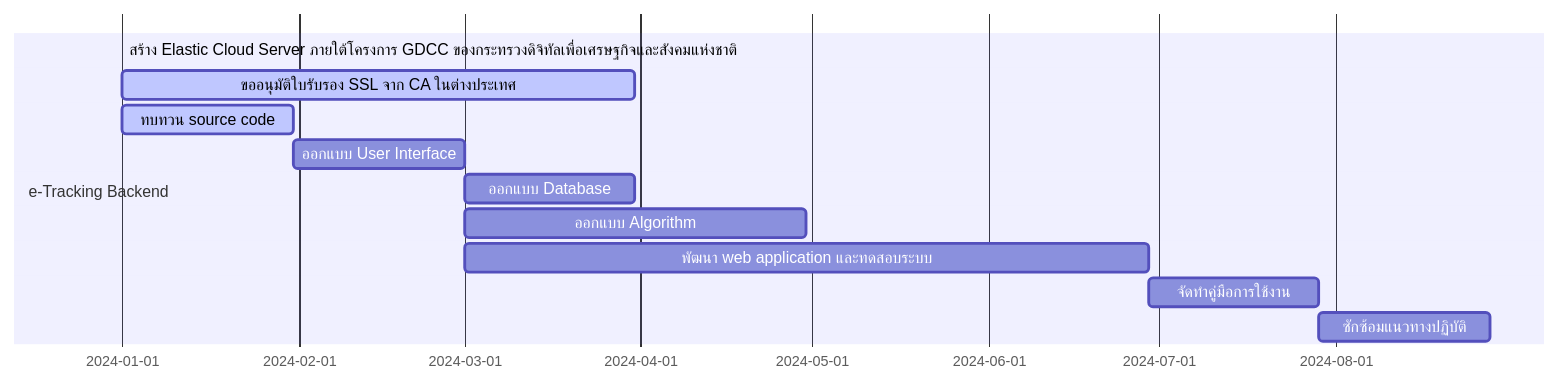
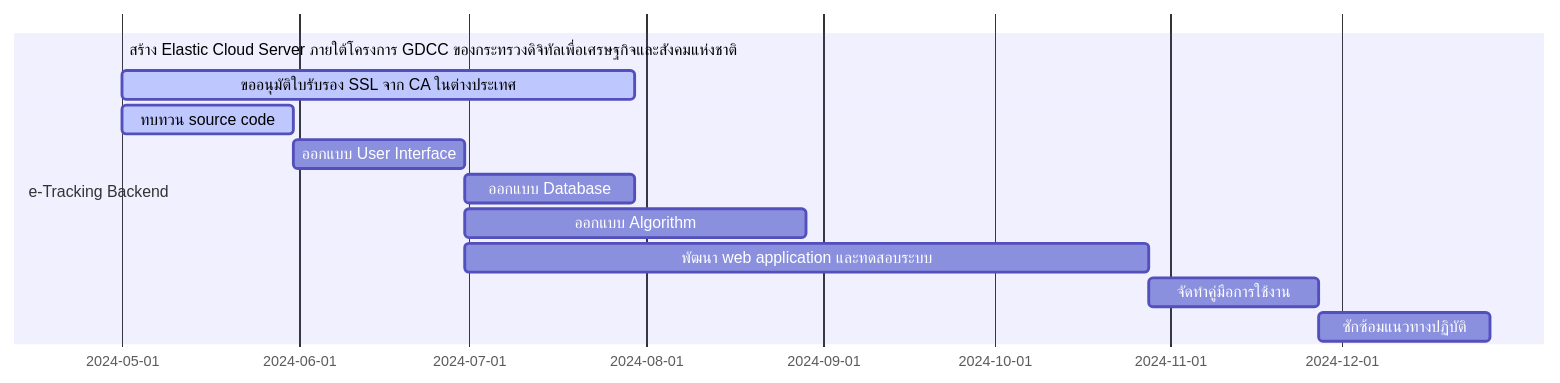
The diagram in README.md (Kietpawpan/e-tracking), drawn with Mermaid before and after one commit.

````diff
--- a/README.md
+++ b/README.md
@@ -6,15 +6,15 @@
 ```mermaid
 gantt
     section e-Tracking Backend
-    สร้าง Elastic Cloud Server ภายใต้โครงการ GDCC ของกระทรวงดิจิทัลเพื่อเศรษฐกิจและสังคมแห่งชาติ :done,    des1, 2024-01-01,2024-01-30
+    สร้าง Elastic Cloud Server ภายใต้โครงการ GDCC ของกระทรวงดิจิทัลเพื่อเศรษฐกิจและสังคมแห่งชาติ :done,    des1, 2024-05-01,2024-05-30
     ขออนุมัติใบรับรอง SSL จาก CA ในต่างประเทศ        :active, des2, after des1, 90d
     ทบทวน source code  :   active, des3, after des1, 30d
     ออกแบบ User Interface  :         des4, after des3, 30d
     ออกแบบ Database   :         des5, after des4, 30d
     ออกแบบ Algorithm   :         des6, after des4, 60d
     พัฒนา web application และทดสอบระบบ   :         des7, after des4, 120d
     จัดทำคู่มือการใช้งาน   :         des8, after des7, 30d
     ซักซ้อมแนวทางปฏิบัติ   :         des9, after des8, 30d
 
 
 ```
````
